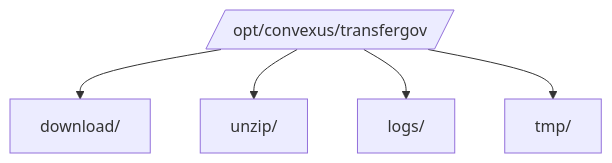
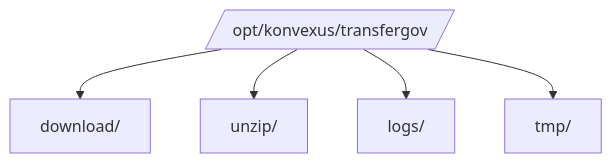
One commit to padeatho/teste changed the fourth of 4 diagrams in teste.md. Above: the diagram before and after it, drawn with Mermaid. The commit also changed other lines of this file, not shown here.

````diff
--- a/teste.md
+++ b/teste.md
@@ -238,7 +179,7 @@
 ```mermaid
 graph TD
-    ROOT[/opt/convexus/transfergov/] --> DL[download/]
+    ROOT[/opt/konvexus/transfergov/] --> DL[download/]
     ROOT --> UZ[unzip/]
     ROOT --> LG[logs/]
     ROOT --> TMP[tmp/]
 ```
````
